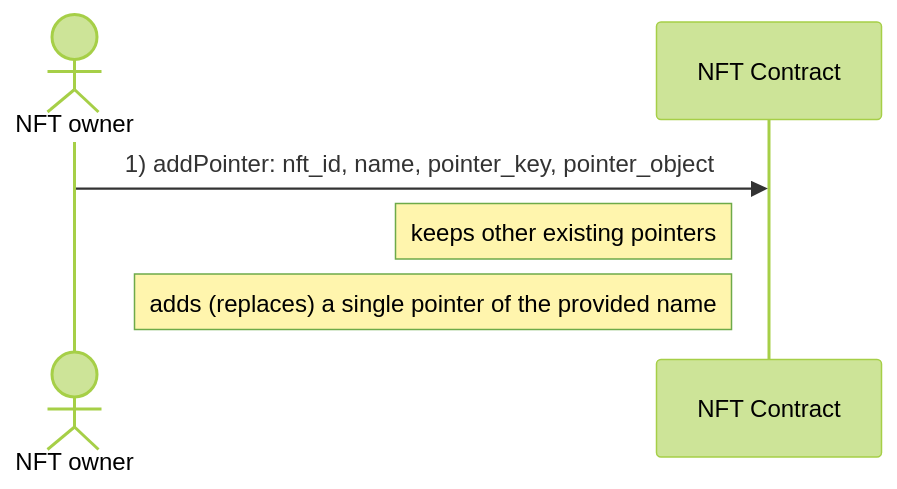
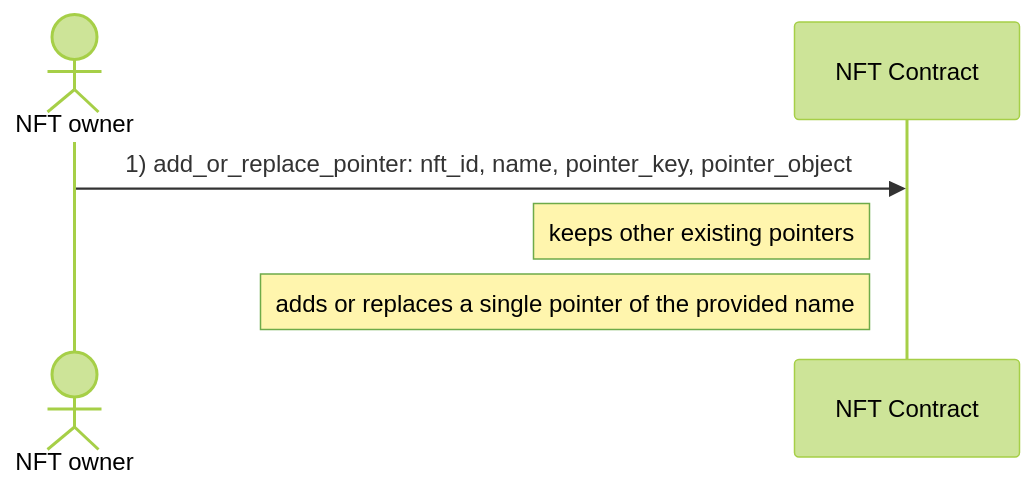
The first of 5 diagrams in docs/diagrams/update_pointers.md (marc0olo/aens-nfts), drawn with Mermaid (forest theme) before and after one commit. The commit also changed other lines of this file and 17 other files, not shown here.

````diff
--- a/docs/diagrams/update_pointers.md
+++ b/docs/diagrams/update_pointers.md
@@ -4,7 +4,7 @@
 ```mermaid
 sequenceDiagram
     actor NFT owner
-    NFT owner ->> NFT Contract: 1) addPointer: nft_id, name, pointer_key, pointer_object
+    NFT owner ->> NFT Contract: 1) add_or_replace_pointer: nft_id, name, pointer_key, pointer_object
     Note left of NFT Contract: keeps other existing pointers
-    Note left of NFT Contract: adds (replaces) a single pointer of the provided name
+    Note left of NFT Contract: adds or replaces a single pointer of the provided name
 ```
````
